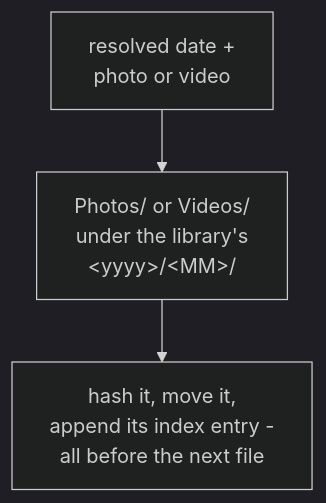
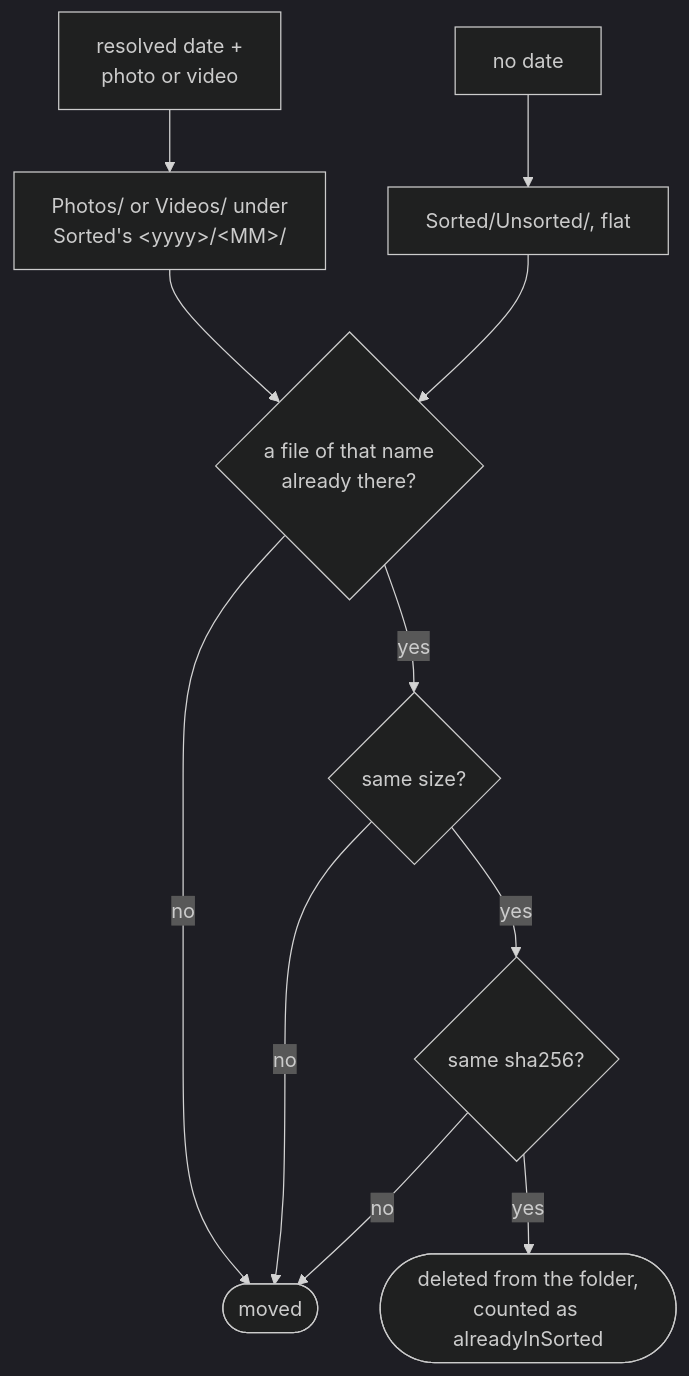
One commit to AdrianNachev91/sluice changed the third of 4 diagrams in app/docs/design/application/service/rescue-engine.md. Above: the diagram before and after it, drawn with Mermaid (dark theme). The commit also changed other lines of this file and 83 other files, not shown here.

````diff
--- a/app/docs/design/application/service/rescue-engine.md
+++ b/app/docs/design/application/service/rescue-engine.md
@@ -56,5 +94,13 @@
 ```mermaid
 flowchart TD
-    A["resolved date +<br/>photo or video"] --> B["Photos/ or Videos/<br/>under the library's<br/>&lt;yyyy&gt;/&lt;MM&gt;/"]
-    B --> C["hash it, move it,<br/>append its index entry -<br/>all before the next file"]
+    A["resolved date +<br/>photo or video"] --> B["Photos/ or Videos/ under<br/>Sorted's &lt;yyyy&gt;/&lt;MM&gt;/"]
+    C["no date"] --> D["Sorted/Unsorted/, flat"]
+    B --> E{"a file of that name<br/>already there?"}
+    D --> E
+    E -- no --> F(["moved"])
+    E -- yes --> G{"same size?"}
+    G -- no --> F
+    G -- yes --> H{"same sha256?"}
+    H -- no --> F
+    H -- yes --> I(["deleted from the folder,<br/>counted as alreadyInSorted"])
 ```
````
